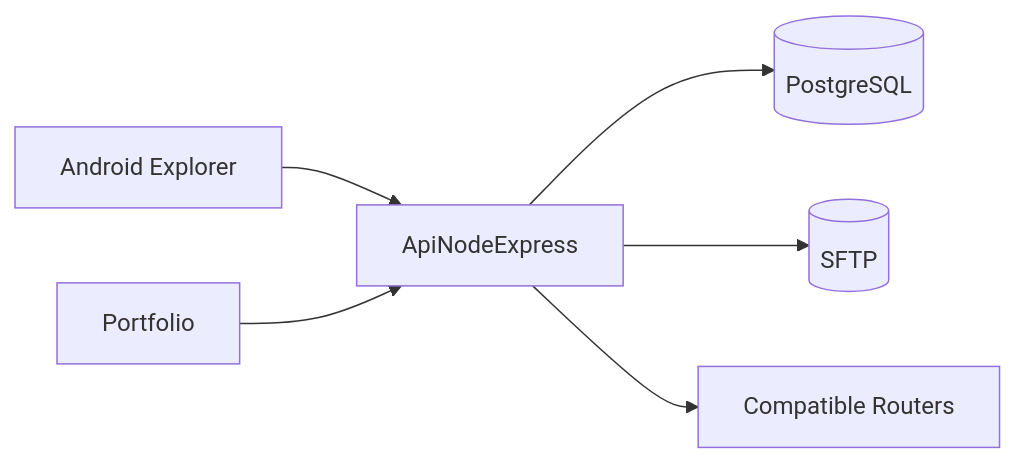
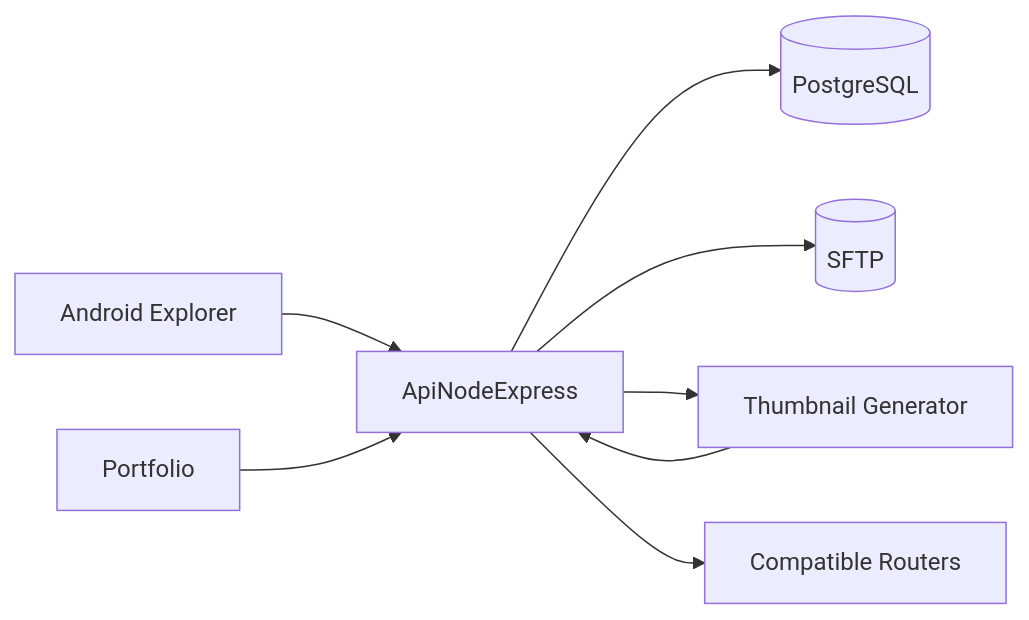
Before and after one commit to HattoriHanzo-Ronin/api-node-express: the first of 2 diagrams in README.md, drawn with Mermaid. The commit also changed other lines of this file, not shown here.

Commit message:
docs: update project architecture

````diff
--- a/README.md
+++ b/README.md
@@ -12,15 +12,18 @@
 ```mermaid
 flowchart LR
     Android["Android Explorer"]
     Portfolio["Portfolio"]
     API["ApiNodeExpress"]
     DB[(PostgreSQL)]
     SFTP[(SFTP)]
+    Thumbnails["Thumbnail Generator"]
     Routers["Compatible Routers"]
 
     Android --> API
     Portfolio --> API
     API --> DB
     API --> SFTP
+    API --> Thumbnails
+    Thumbnails --> API
     API --> Routers
 ```
````
